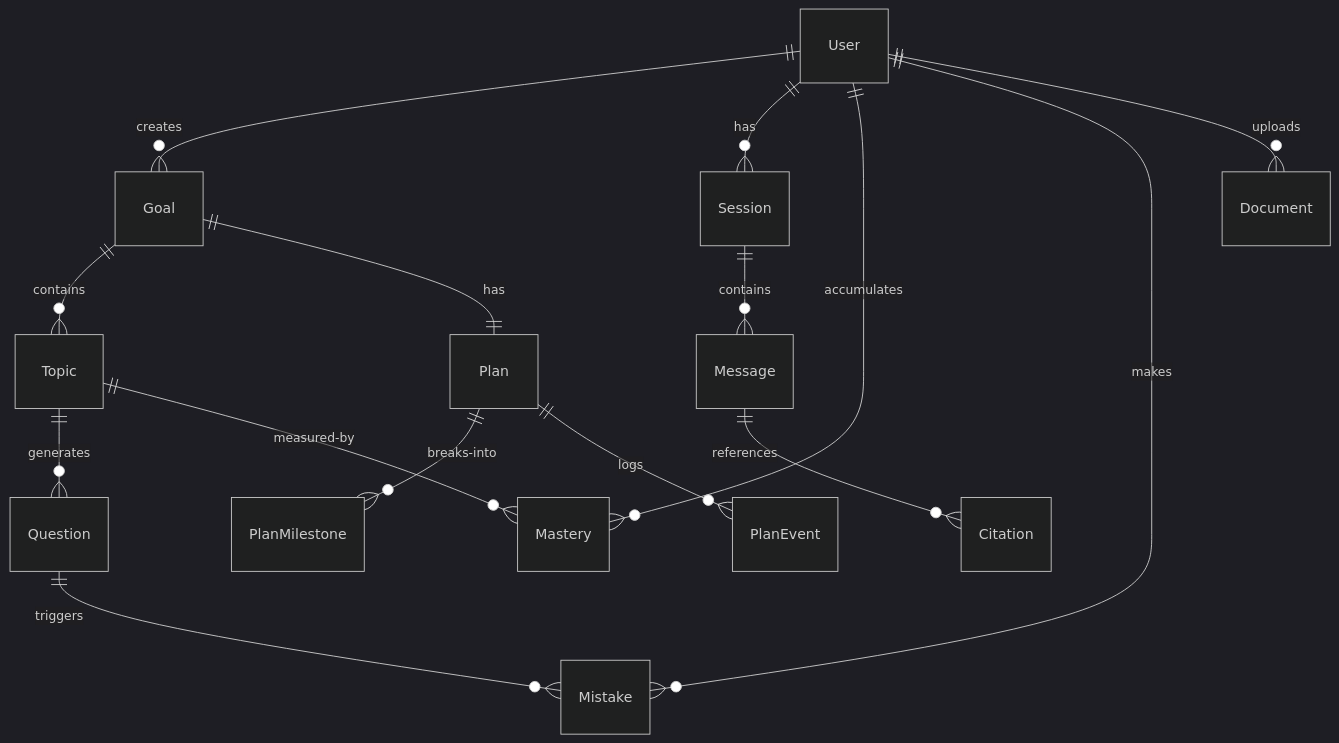
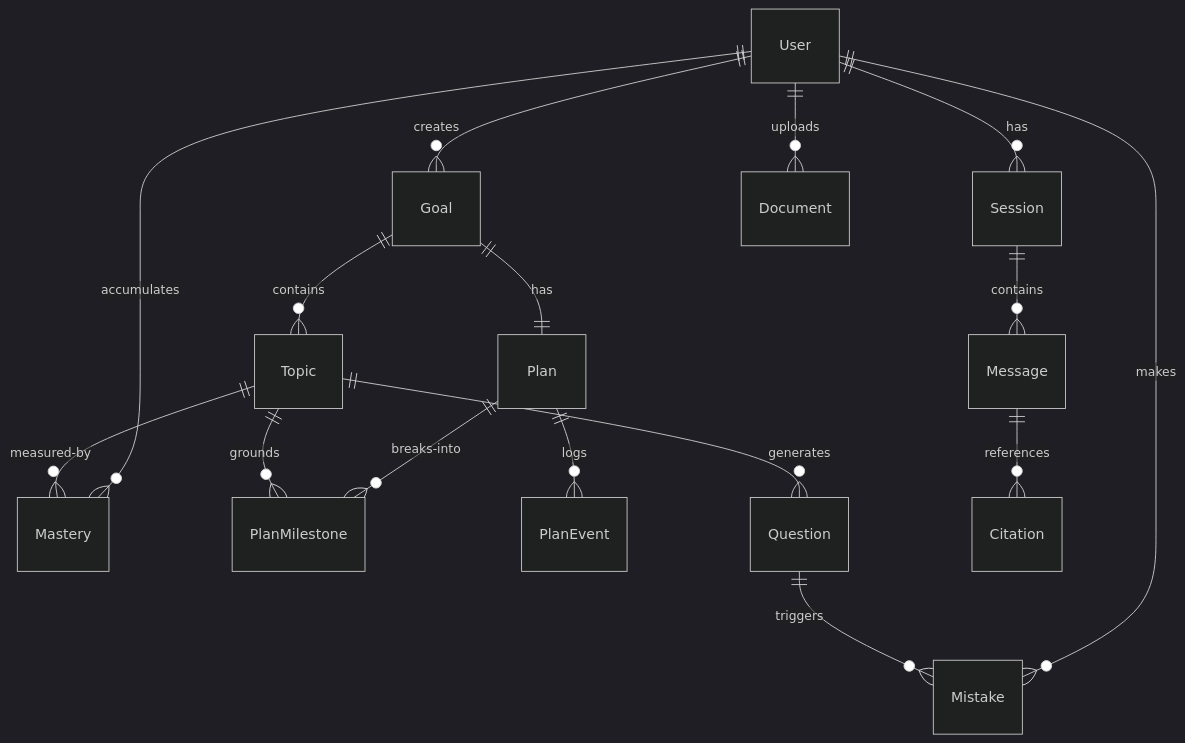
One commit to BreadMilk1/study-coach changed the diagram in docs/ARCHITECTURE.md. Above: the diagram before and after it, drawn with Mermaid (dark theme). The commit also changed other lines of this file and 8 other files, not shown here.

````diff
--- a/docs/ARCHITECTURE.md
+++ b/docs/ARCHITECTURE.md
@@ -47,17 +47,18 @@
 ```mermaid
 erDiagram
   User ||--o{ Goal : creates
   User ||--o{ Session : has
   User ||--o{ Mastery : accumulates
   User ||--o{ Mistake : makes
   User ||--o{ Document : uploads
   Goal ||--o{ Topic : contains
   Goal ||--|| Plan : has
   Plan ||--o{ PlanMilestone : breaks-into
   Plan ||--o{ PlanEvent : logs
+  Topic ||--o{ PlanMilestone : grounds
   Topic ||--o{ Question : generates
   Topic ||--o{ Mastery : measured-by
   Question ||--o{ Mistake : triggers
   Session ||--o{ Message : contains
   Message ||--o{ Citation : references
 ```
````
